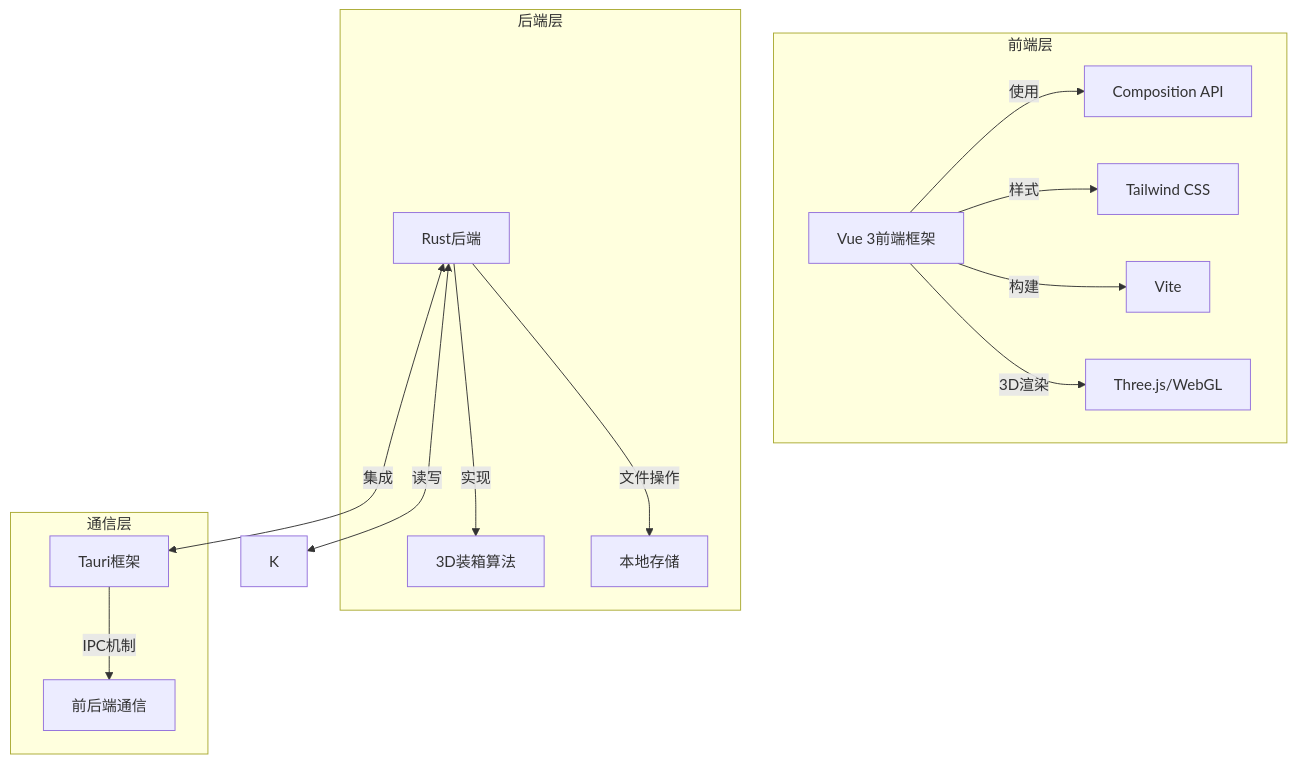
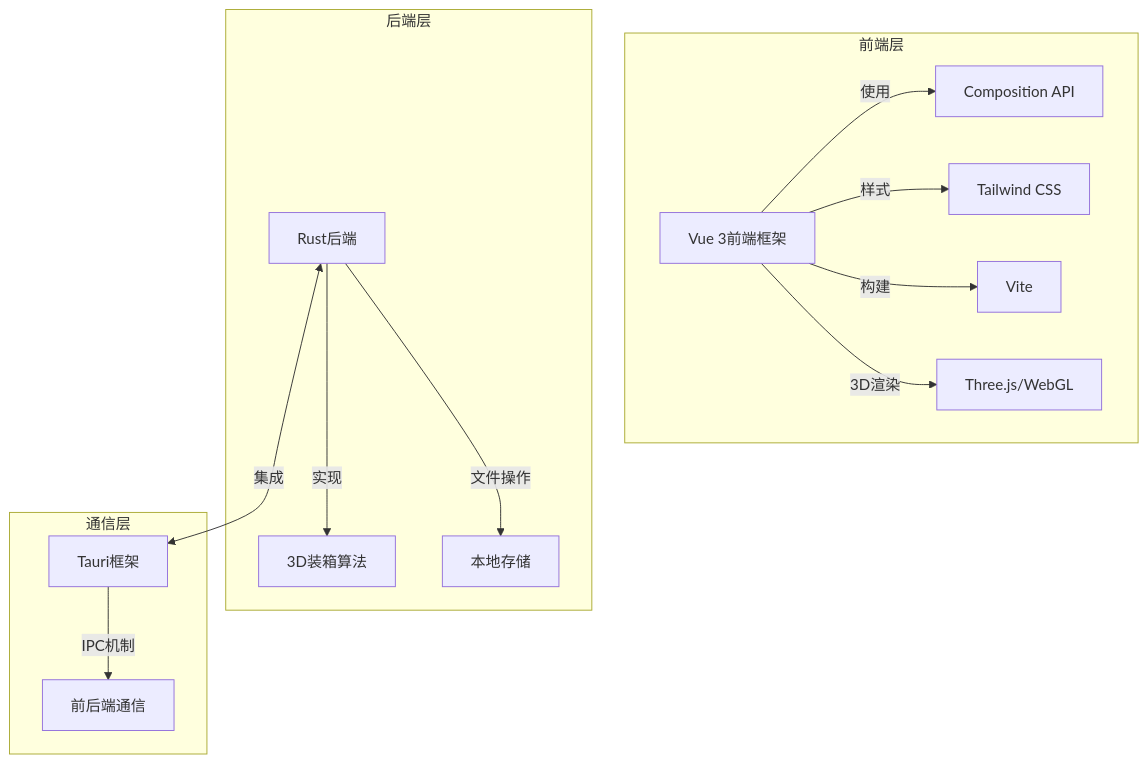
Before and after one commit to MikuGeek/pack-assistant: the second of 6 diagrams in doc/ch.md, drawn with Mermaid. The commit also changed other lines of this file, not shown here.

````diff
--- a/doc/ch.md
+++ b/doc/ch.md
@@ -61,21 +61,20 @@
 ```mermaid
 graph TD
     subgraph 前端层
         A[Vue 3前端框架] -->|使用| B[Composition API]
         A -->|样式| C[Tailwind CSS]
         A -->|构建| D[Vite]
         A -->|3D渲染| E[Three.js/WebGL]
     end
 
     subgraph 后端层
         F[Rust后端] -->|实现| G[3D装箱算法]
         F -->|文件操作| H[本地存储]
     end
 
     subgraph 通信层
         I[Tauri框架] -->|IPC机制| J[前后端通信]
     end
 
     F <-->|集成| I
-    F <-->|读写| K
 ```
````
